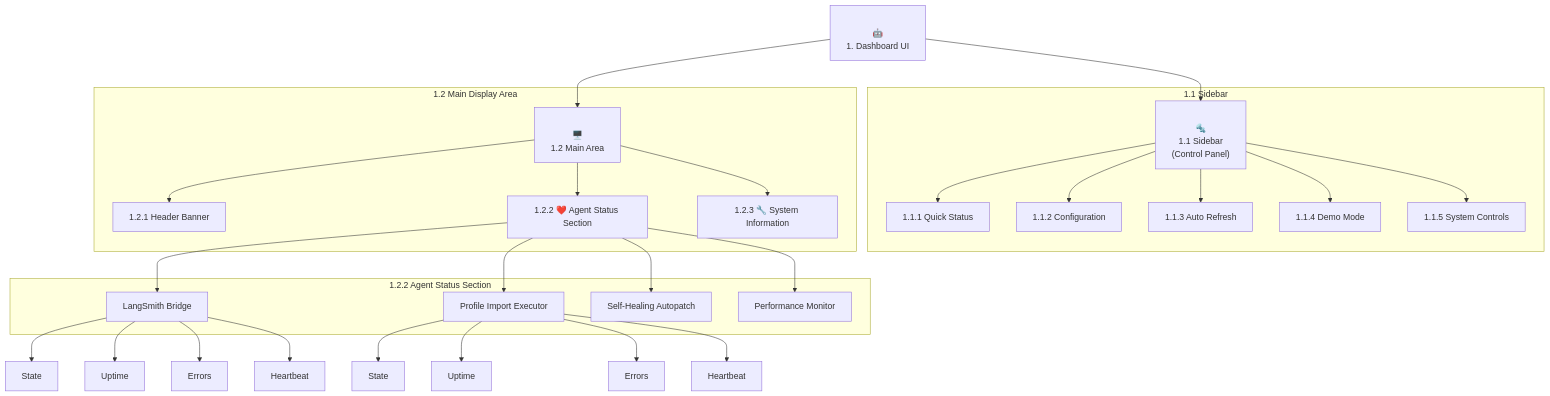
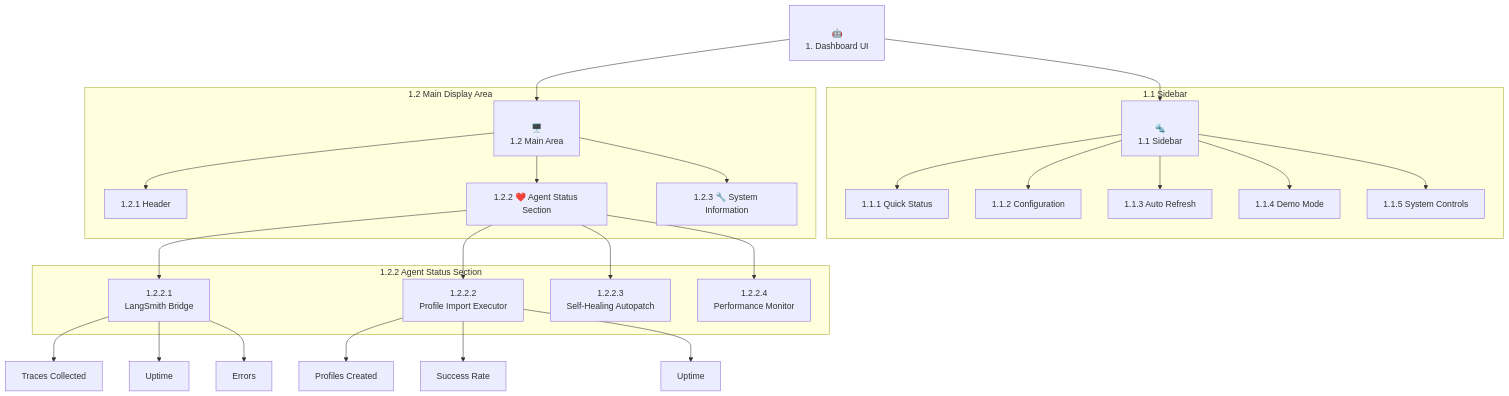
Before and after one commit to Kausiukas/System-Reference: the diagram in background_agents_dashboard_ui.md, drawn with Mermaid. The commit also changed other lines of this file, not shown here.

````diff
--- a/background_agents_dashboard_ui.md
+++ b/background_agents_dashboard_ui.md
@@ -72,36 +102,34 @@
 ```mermaid
 graph TD
-    A1["<br/>🤖<br/>1. Dashboard UI<br/>"] --> B1["<br/>🔩<br/>1.1 Sidebar<br/>(Control Panel)<br/>"];
+    A1["<br/>🤖<br/>1. Dashboard UI<br/>"] --> B1["<br/>🔩<br/>1.1 Sidebar<br/>"];
     A1 --> C1["<br/>🖥️<br/>1.2 Main Area<br/>"];
 
     subgraph "1.1 Sidebar"
         B1 --> B1.1["1.1.1 Quick Status"];
         B1 --> B1.2["1.1.2 Configuration"];
         B1 --> B1.3["1.1.3 Auto Refresh"];
         B1 --> B1.4["1.1.4 Demo Mode"];
         B1 --> B1.5["1.1.5 System Controls"];
     end
 
     subgraph "1.2 Main Display Area"
-        C1 --> C1.1["1.2.1 Header Banner"];
+        C1 --> C1.1["1.2.1 Header"];
         C1 --> C1.2["1.2.2 ❤️ Agent Status Section"];
         C1 --> C1.3["1.2.3 🔧 System Information"];
     end
 
     subgraph "1.2.2 Agent Status Section"
-        C1.2 --> D1["LangSmith Bridge"];
-        C1.2 --> D2["Profile Import Executor"];
-        C1.2 --> D3["Self-Healing Autopatch"];
-        C1.2 --> D4["Performance Monitor"];
+        C1.2 --> D1["1.2.2.1<br/>LangSmith Bridge"];
+        C1.2 --> D2["1.2.2.2<br/>Profile Import Executor"];
+        C1.2 --> D3["1.2.2.3<br/>Self-Healing Autopatch"];
+        C1.2 --> D4["1.2.2.4<br/>Performance Monitor"];
     end
     
-    D1 --> D1.1["State"];
+    D1 --> D1.1["Traces Collected"];
     D1 --> D1.2["Uptime"];
     D1 --> D1.3["Errors"];
-    D1 --> D1.4["Heartbeat"];
 
-    D2 --> D2.1["State"];
-    D2 --> D2.2["Uptime"];
-    D2 --> D2.3["Errors"];
-    D2 --> D2.4["Heartbeat"];
+    D2 --> D2.1["Profiles Created"];
+    D2 --> D2.2["Success Rate"];
+    D2 --> D2.3["Uptime"];
 ``` 
````
